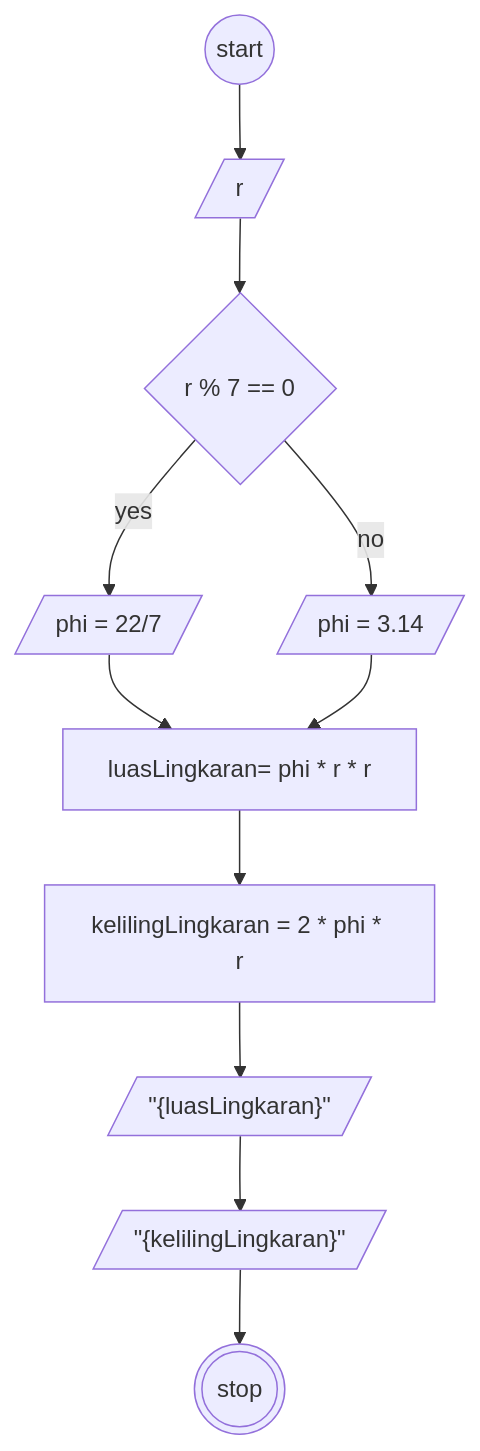
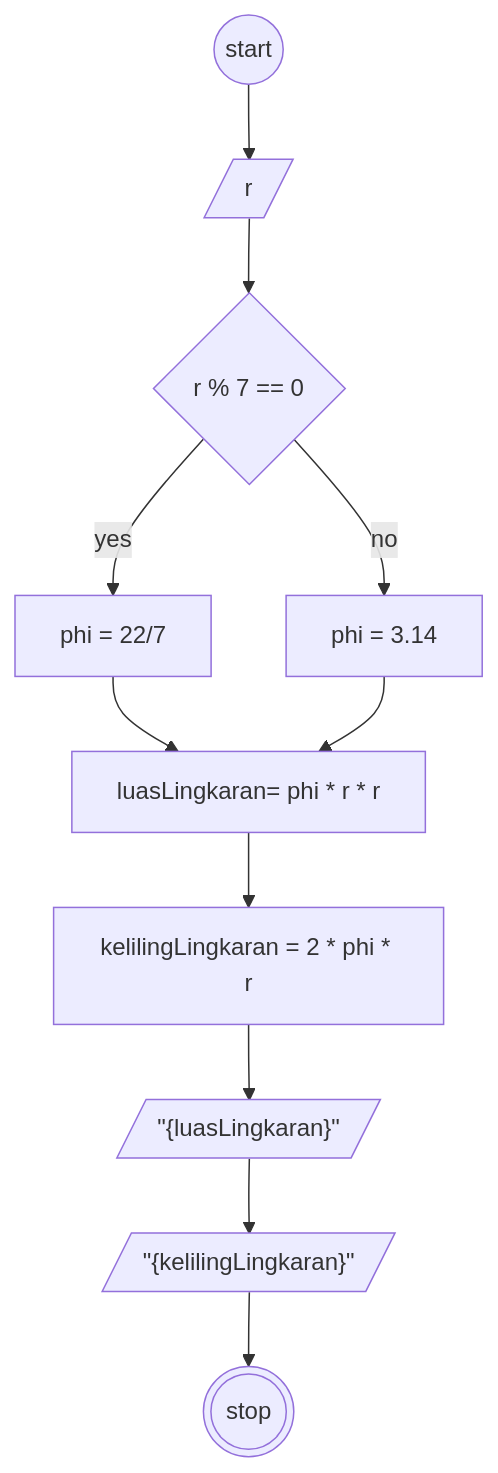
The diagram in readme.md (muhammadfajarr30/koda-b8-javascript1), drawn with Mermaid before and after one commit.

````diff
--- a/readme.md
+++ b/readme.md
@@ -7,24 +7,24 @@
 ```mermaid
 flowchart TD
 start@{shape: circle, label:"start" }
 a@{shape: lean-r, label: "r" }
-phi1@{shape: lean-r, label: "phi = 22/7" }
+phi1@{shape: rect, label: "phi = 22/7" }
 c@{shape: rect, label: "luasLingkaran= phi * r * r" }
 d@{shape: rect, label: "kelilingLingkaran = 2 * phi * r"}
 e@{shape: lean-r, label: '"{luasLingkaran}"' }
 f@{shape: lean-r, label: '"{kelilingLingkaran}"' }
 stop@{shape: dbl-circ, label: "stop" }
 kondisi@{shape: diamond, label: "r % 7 == 0" }
-phi2@{shape: lean-r, label: "phi = 3.14" }
+phi2@{shape: rect, label: "phi = 3.14" }
 start-->a
 a-->kondisi
 kondisi--yes-->phi1
 kondisi-- no -->phi2
 phi1-->c
 phi2-->c
 c-->d
 d-->e
 e-->f
 f-->stop
 
 ```
````
